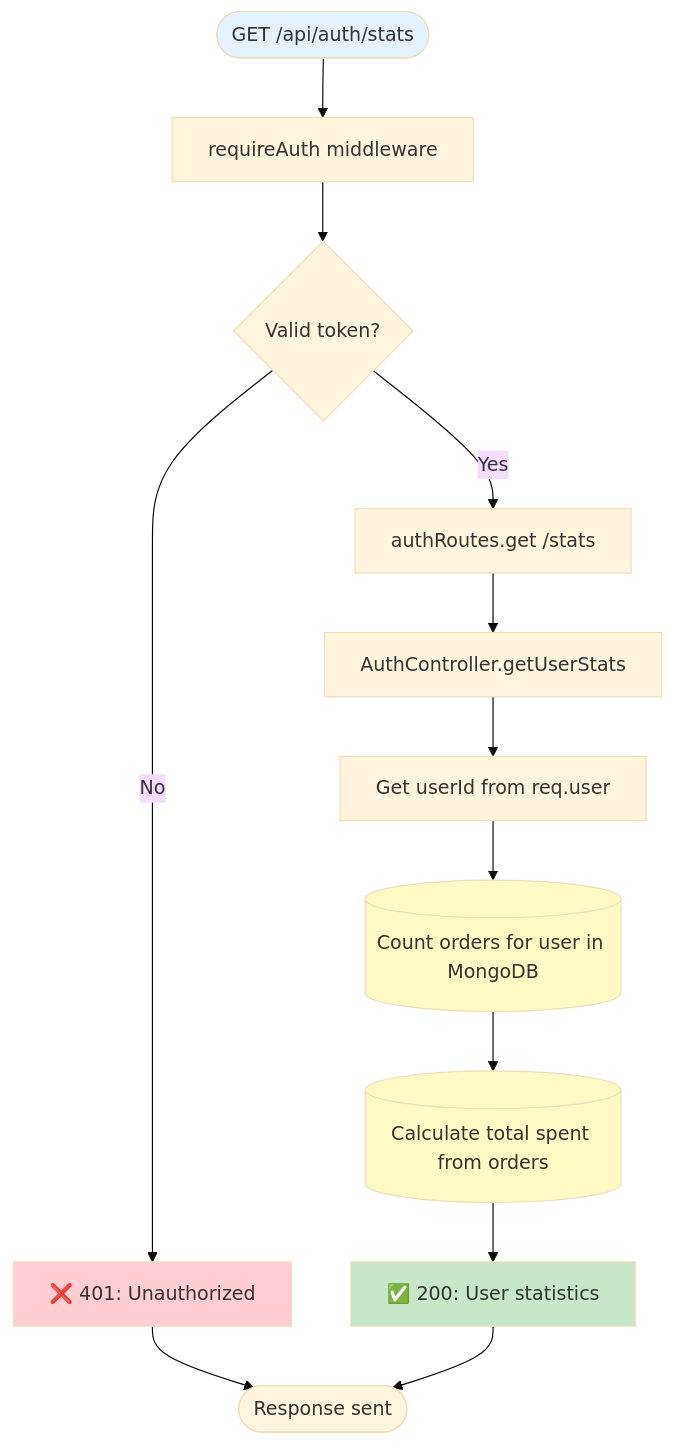
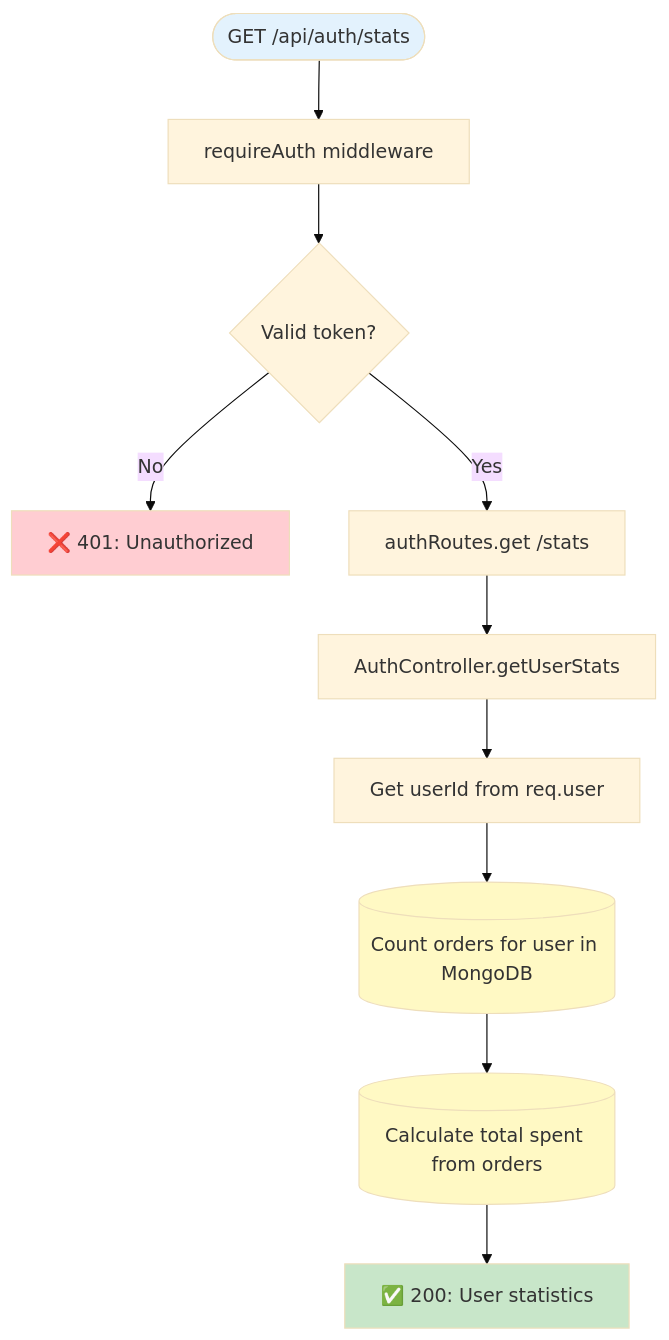
Before and after one commit to shmuelkapiloff/simple-: the ninth of 26 diagrams in docs/SERVER_ENDPOINTS_MAP.md, drawn with Mermaid (base theme). The commit also changed other lines of this file, not shown here.

Commit message:
fix: Remove End nodes from flowcharts to fix GitHub Mermaid rendering

````diff
--- a/docs/SERVER_ENDPOINTS_MAP.md
+++ b/docs/SERVER_ENDPOINTS_MAP.md
@@ -469,23 +436,21 @@
 ```mermaid
 flowchart TD
     Request([GET /api/auth/stats]) --> RequireAuth[requireAuth middleware]
     RequireAuth --> CheckToken{Valid token?}
     CheckToken -->|No| Return401["❌ 401: Unauthorized"]
     CheckToken -->|Yes| RouteHandler[authRoutes.get /stats]
     
     RouteHandler --> Controller[AuthController.getUserStats]
     Controller --> GetUserId[Get userId from req.user]
     GetUserId --> CountOrders[(Count orders for user in MongoDB)]
     
     CountOrders --> CalculateTotal[(Calculate total spent from orders)]
     CalculateTotal --> Return200["✅ 200: User statistics"]
     
-    Return401 --> End([Response sent])
-    Return200 --> End
     
     style Request fill:#e3f2fd
     style Return200 fill:#c8e6c9
     style Return401 fill:#ffcdd2
     style CountOrders fill:#fff9c4
     style CalculateTotal fill:#fff9c4
 ```
````
